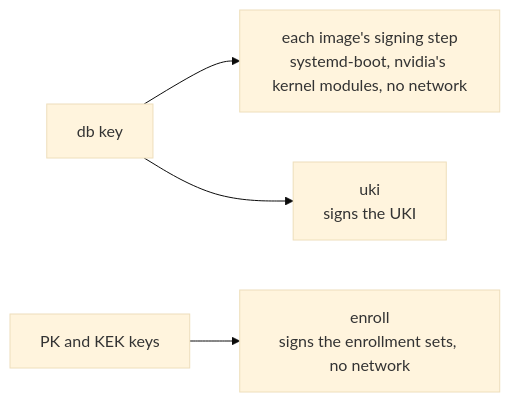
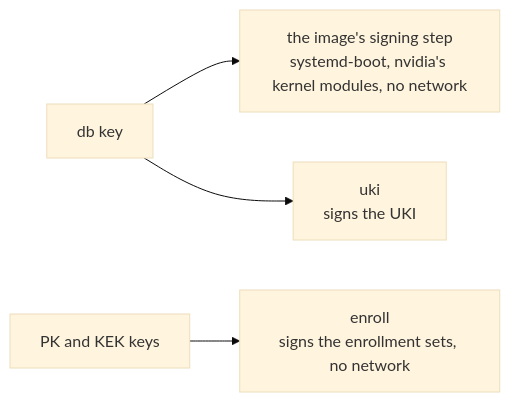
One commit to LucaRickli/fedora-bootc changed the second of 3 diagrams in docs/architecture/build.md. Above: the diagram before and after it, drawn with Mermaid (base theme). The commit also changed other lines of this file and 53 other files, not shown here.

````diff
--- a/docs/architecture/build.md
+++ b/docs/architecture/build.md
@@ -153,6 +146,6 @@
 ```mermaid
 flowchart LR
-    db["db key"] --> sign["each image's signing step<br/>systemd-boot, nvidia's kernel modules, no network"]
+    db["db key"] --> sign["the image's signing step<br/>systemd-boot, nvidia's kernel modules, no network"]
     db --> uki["uki<br/>signs the UKI"]
     pkkek["PK and KEK keys"] --> enroll["enroll<br/>signs the enrollment sets, no network"]
 ```
````
